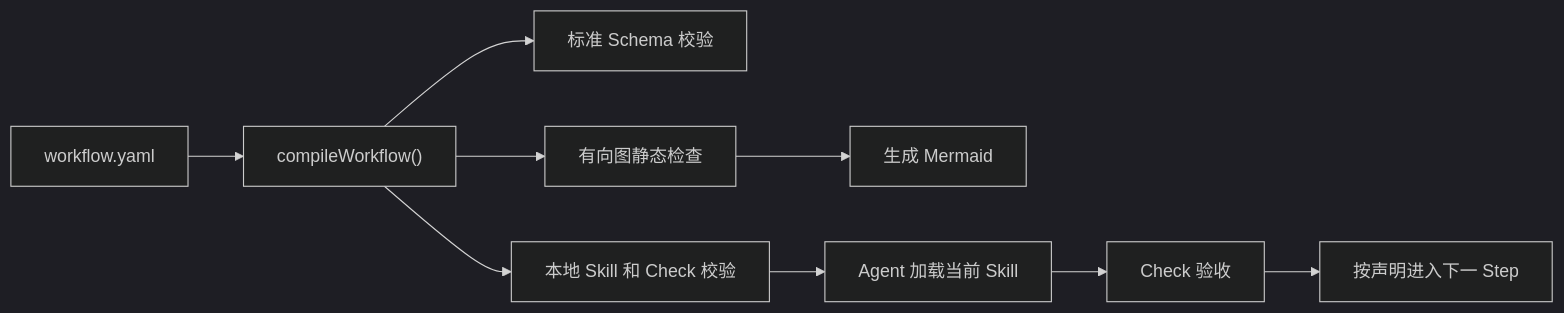
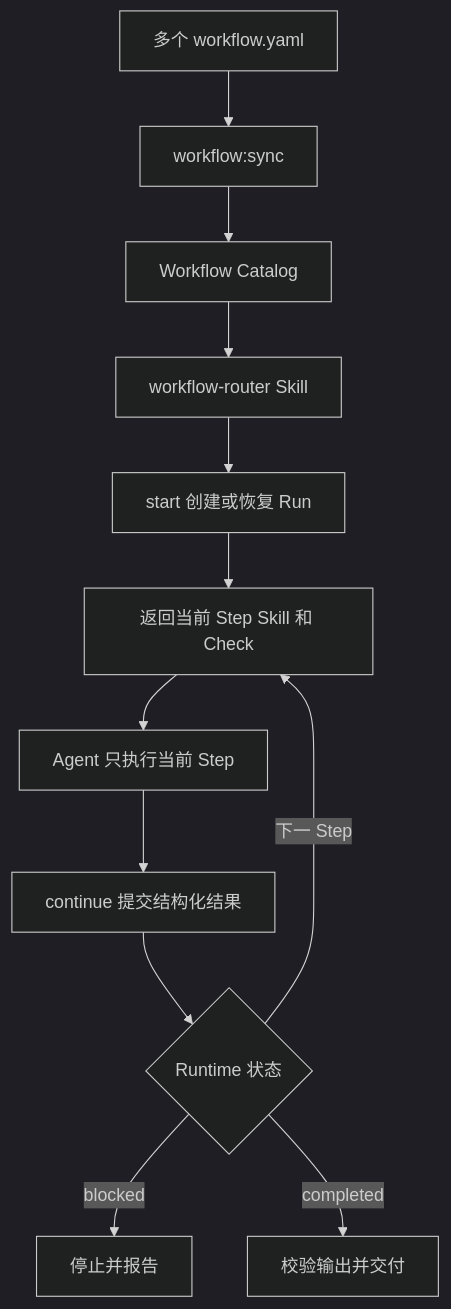
The diagram in README.md (evander-wang/harness-next), drawn with Mermaid (dark theme) before and after one commit. The commit also changed other lines of this file and 40 other files, not shown here.

Commit message:
feat: 增加本地 Workflow Runtime

````diff
--- a/README.md
+++ b/README.md
@@ -7,11 +7,14 @@
 ```mermaid
-flowchart LR
-    A["workflow.yaml"] --> B["compileWorkflow()"]
-    B --> C["标准 Schema 校验"]
-    B --> D["本地 Skill 和 Check 校验"]
-    B --> E["有向图静态检查"]
-    E --> F["生成 Mermaid"]
-    D --> G["Agent 加载当前 Skill"]
-    G --> H["Check 验收"]
-    H --> I["按声明进入下一 Step"]
+flowchart TD
+    A["多个 workflow.yaml"] --> B["workflow:sync"]
+    B --> C["Workflow Catalog"]
+    C --> D["workflow-router Skill"]
+    D --> E["start 创建或恢复 Run"]
+    E --> F["返回当前 Step Skill 和 Check"]
+    F --> G["Agent 只执行当前 Step"]
+    G --> H["continue 提交结构化结果"]
+    H --> I{"Runtime 状态"}
+    I -->|下一 Step| F
+    I -->|blocked| J["停止并报告"]
+    I -->|completed| K["校验输出并交付"]
 ```
````
